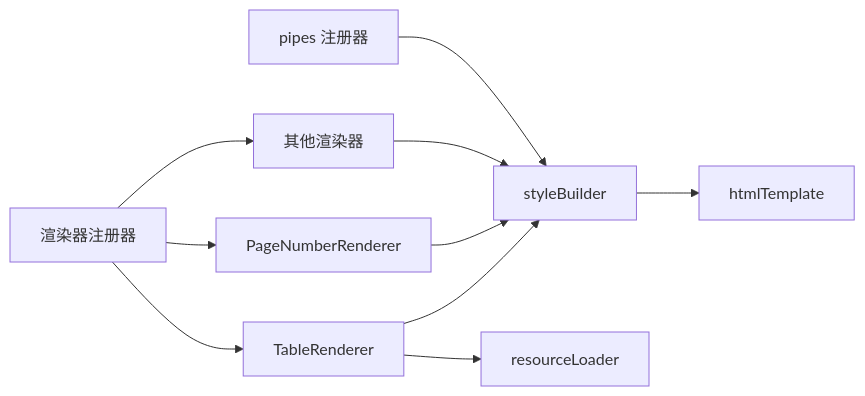
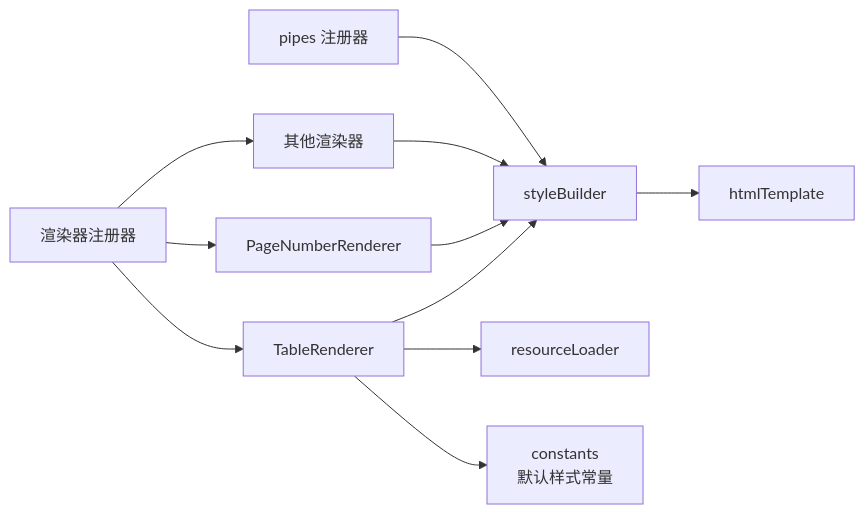
Before and after one commit to joker-yjc/printer: the tenth of 10 diagrams in .qoder/repowiki/zh/content/项目概述/核心特性/打印引擎系统/打印引擎系统.md, drawn with Mermaid. The commit also changed other lines of this file and 128 other files, not shown here.

````diff
--- a/.qoder/repowiki/zh/content/项目概述/核心特性/打印引擎系统/打印引擎系统.md
+++ b/.qoder/repowiki/zh/content/项目概述/核心特性/打印引擎系统/打印引擎系统.md
@@ -360,12 +446,13 @@
 ```mermaid
 graph LR
 RR["渲染器注册器"] --> TR["TableRenderer"]
 RR --> PN["PageNumberRenderer"]
 RR --> OR["其他渲染器"]
 TR --> SB["styleBuilder"]
 PN --> SB
 OR --> SB
 SB --> HT["htmlTemplate"]
 TR --> RL["resourceLoader"]
 Pipes["pipes 注册器"] --> SB
+TR --> CONST["constants<br/>默认样式常量"]
 ```
````
